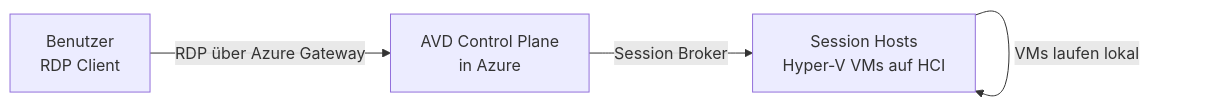
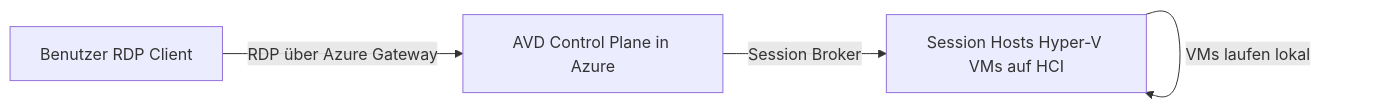
One commit to SoniiiT/notes-n-docs changed the fifth of 6 diagrams in Microsoft 365/Azure/Arc/Azure Stack HCI.md. Above: the diagram before and after it, drawn with Mermaid. The commit also changed other lines of this file and 124 other files, not shown here.

First line of the commit message:
fix: Entferne \n aus allen Mermaid-Diagrammen (125 Dateien)

````diff
--- a/Microsoft 365/Azure/Arc/Azure Stack HCI.md
+++ b/Microsoft 365/Azure/Arc/Azure Stack HCI.md
@@ -246,10 +246,10 @@
 ```mermaid
 graph LR
-    USER[Benutzer\nRDP Client]
-    AVD_CONTROL[AVD Control Plane\nin Azure]
-    SESSION_HOSTS[Session Hosts\nHyper-V VMs auf HCI]
+    USER[Benutzer RDP Client]
+    AVD_CONTROL[AVD Control Plane in Azure]
+    SESSION_HOSTS[Session Hosts Hyper-V VMs auf HCI]
 
     USER -->|RDP über Azure Gateway| AVD_CONTROL
     AVD_CONTROL -->|Session Broker| SESSION_HOSTS
     SESSION_HOSTS -->|VMs laufen lokal| SESSION_HOSTS
 ```
````
